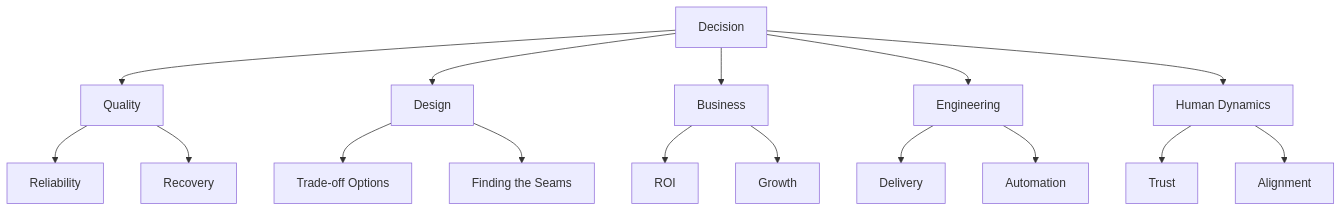
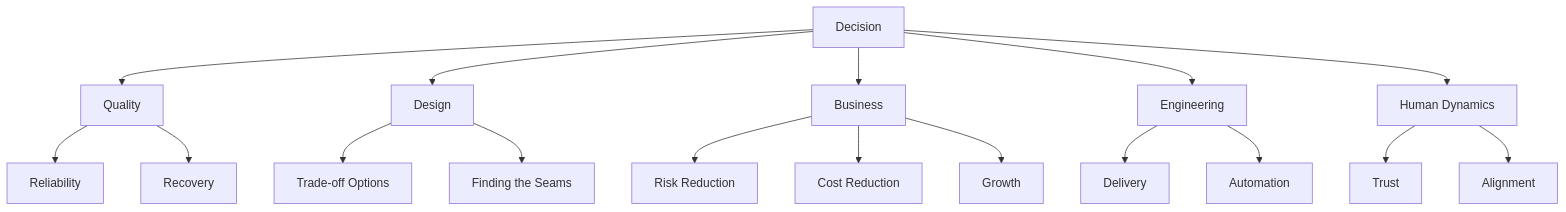
One commit to senthilkumarm1901/learn_by_blogging changed the sixth of 10 diagrams in posts/path_to_architect/final_blog.qmd. Above: the diagram before and after it, drawn with Mermaid. The commit also changed other lines of this file, not shown here.

````diff
--- a/posts/path_to_architect/final_blog.qmd
+++ b/posts/path_to_architect/final_blog.qmd
@@ -183,25 +183,26 @@
 ```{mermaid}
 flowchart TB
     D[Decision]
 
     D --> Q[Quality]
     D --> DE[Design]
     D --> B[Business]
     D --> E[Engineering]
     D --> H[Human Dynamics]
 
     Q --> Q1[Reliability]
     Q --> Q2[Recovery]
 
     DE --> D1[Trade-off Options]
     DE --> D2[Finding the Seams]
 
-    B --> B1[ROI]
+    B --> B1[Risk Reduction]
+    B --> B3[Cost Reduction]
     B --> B2[Growth]
 
     E --> E1[Delivery]
     E --> E2[Automation]
 
     H --> H1[Trust]
     H --> H2[Alignment]
 ```
````
